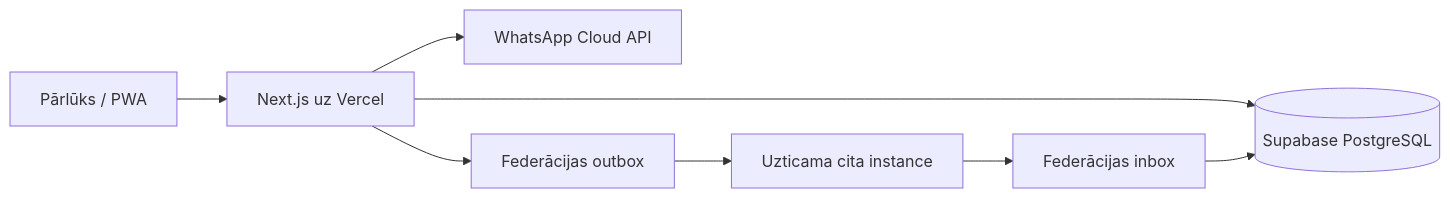
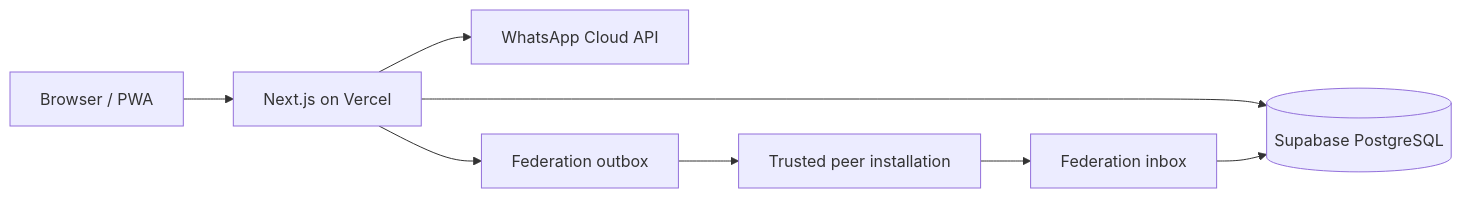
Before and after one commit to igstudija/kopienas-pieprasijumi: the diagram in ARCHITECTURE.md, drawn with Mermaid. The commit also changed other lines of this file and 45 other files, not shown here.

````diff
--- a/ARCHITECTURE.md
+++ b/ARCHITECTURE.md
@@ -9,10 +9,10 @@
 ```mermaid
 flowchart LR
-  Browser[Pārlūks / PWA] --> Web[Next.js uz Vercel]
+  Browser[Browser / PWA] --> Web[Next.js on Vercel]
   Web --> DB[(Supabase PostgreSQL)]
   Web --> WA[WhatsApp Cloud API]
-  Web --> Outbox[Federācijas outbox]
-  Outbox --> Peer[Uzticama cita instance]
-  Peer --> Inbox[Federācijas inbox]
+  Web --> Outbox[Federation outbox]
+  Outbox --> Peer[Trusted peer installation]
+  Peer --> Inbox[Federation inbox]
   Inbox --> DB
 ```
````
